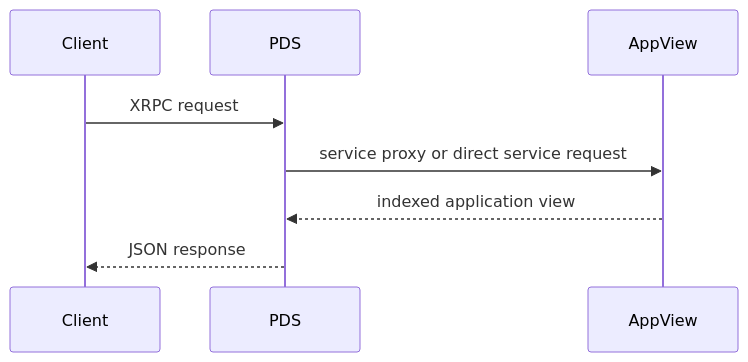
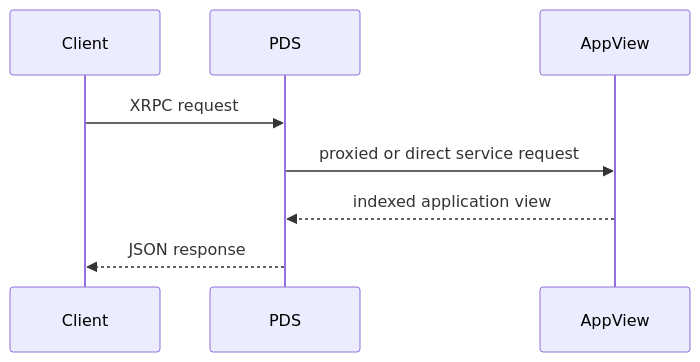
One commit to ubugeeei/learn-at changed the first of 2 diagrams in docs/01-mental-model.md. Above: the diagram before and after it, drawn with Mermaid. The commit also changed other lines of this file and 17 other files, not shown here.

````diff
--- a/docs/01-mental-model.md
+++ b/docs/01-mental-model.md
@@ -65,10 +81,10 @@
 ```mermaid
 sequenceDiagram
   participant C as Client
   participant P as PDS
   participant A as AppView
   C->>P: XRPC request
-  P->>A: service proxy or direct service request
+  P->>A: proxied or direct service request
   A-->>P: indexed application view
   P-->>C: JSON response
 ```
````
